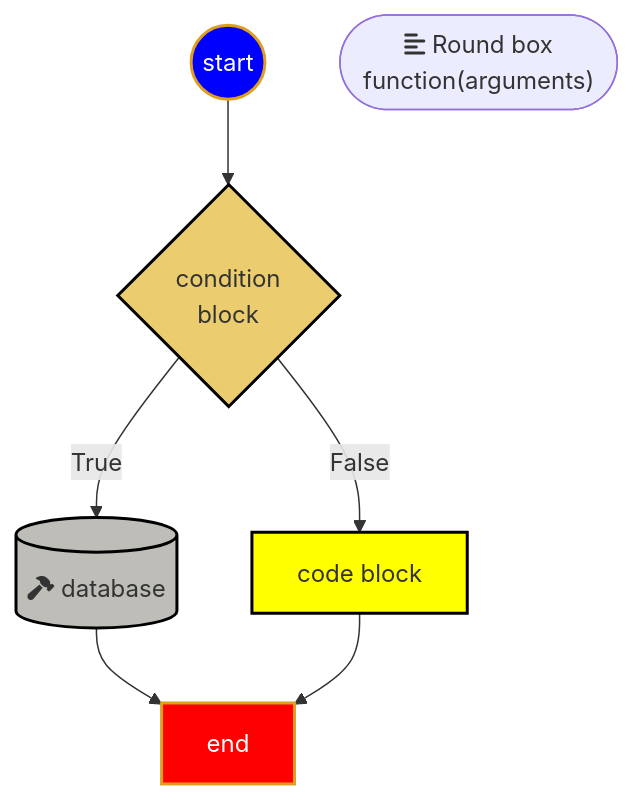
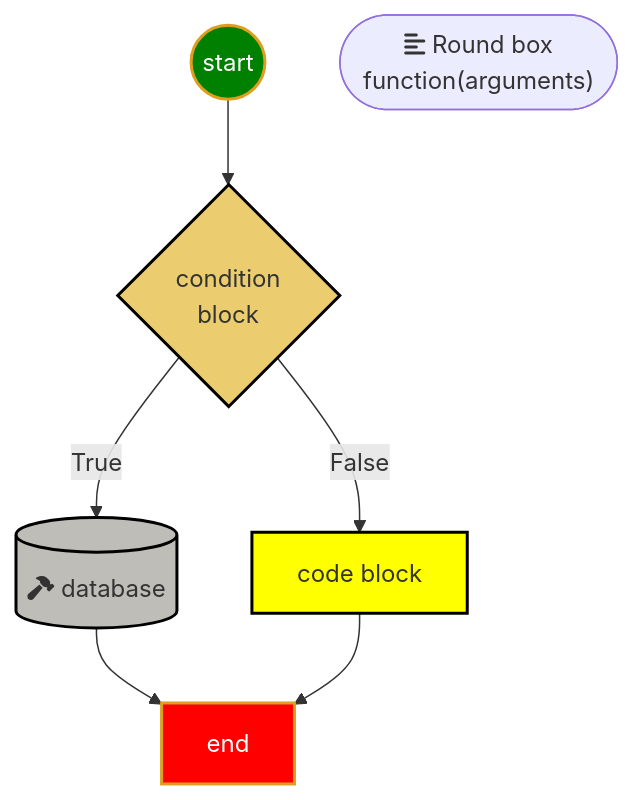
One commit to jwang1122/python changed the first of 3 diagrams in doc/utilities.md. Above: the diagram before and after it, drawn with Mermaid. The commit also changed other lines of this file and 29 other files, not shown here.

````diff
--- a/doc/utilities.md
+++ b/doc/utilities.md
@@ -89,27 +102,27 @@
 ```mermaid
 graph TB
 
 START((start))
 END[end]
 B[code block]
 C(["fa:fa-align-left Round box<br>function(arguments)"])
 IF{condition<br> block}
 DB[("fa:fa-hammer database")]
 
 START-->IF
 IF--True-->DB-->END
 IF--False-->B-->END
 
-classDef start fill:blue,stroke:#DE9E1F,stroke-width:2px,color:white;
+classDef start fill:green,stroke:#DE9E1F,stroke-width:2px,color:white;
 classDef html fill:#F46624,stroke:#F46624,stroke-width:4px,color:white;
 classDef js fill:yellow,stroke:black,stroke-width:2px;
 classDef if fill:#EBCD6F,stroke:black,stroke-width:2px;
 classDef db fill:#BEBDB7,stroke:black,stroke-width:2px;
 classDef end1 fill:red,stroke:#DE9E1F,stroke-width:2px,color:white;
 
 class START start
 class B,D,E js
 class IF if
 class DB db
 class END end1
 ```
````
